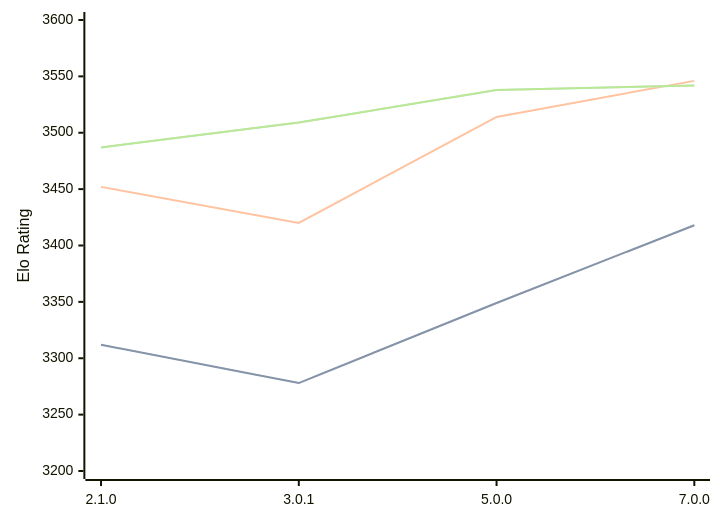
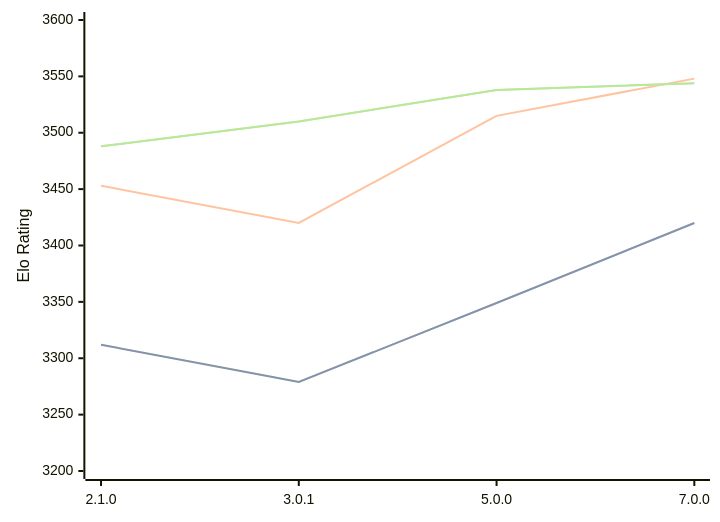
One commit to computer-chess-index/cci changed the first of 3 diagrams in engines/PlentyChess.md. Above: the diagram before and after it, drawn with Mermaid. The commit also changed other lines of this file, not shown here.

Commit message:
Update CCI Ratings (ELO VLTC) - 2026-06-22

````diff
--- a/engines/PlentyChess.md
+++ b/engines/PlentyChess.md
@@ -45,11 +45,11 @@
 ```mermaid
 %%{init: {"theme":"base","themeVariables":{"seriesColors:['#a3a3a3','#222221','#faa371']}}}%%
 xychart-beta
   x-axis ["2.1.0", "3.0.1", "5.0.0", "7.0.0"]
   y-axis "Elo Rating" 3200 --> 3600
-  line "STC (8.0+0.08s)" [3312, 3278, 3349, 3418]
-  line "STC (8.0+0.08s)" [3312, 3278, 3349, 3418]
-  line "LTC (60.0+0.60s)" [3452, 3420, 3514, 3546]
-  line "VLTC (2m24s+1.12s)" [3487, 3509, 3538, 3542]
-  line "VLTC (2m24s+1.12s)" [3487, 3509, 3538, 3542]
+  line "STC (8.0+0.08s)" [3312, 3279, 3349, 3420]
+  line "STC (8.0+0.08s)" [3312, 3279, 3349, 3420]
+  line "LTC (60.0+0.60s)" [3453, 3420, 3515, 3548]
+  line "VLTC (2m24s+1.12s)" [3488, 3510, 3538, 3544]
+  line "VLTC (2m24s+1.12s)" [3488, 3510, 3538, 3544]
 ```
````
